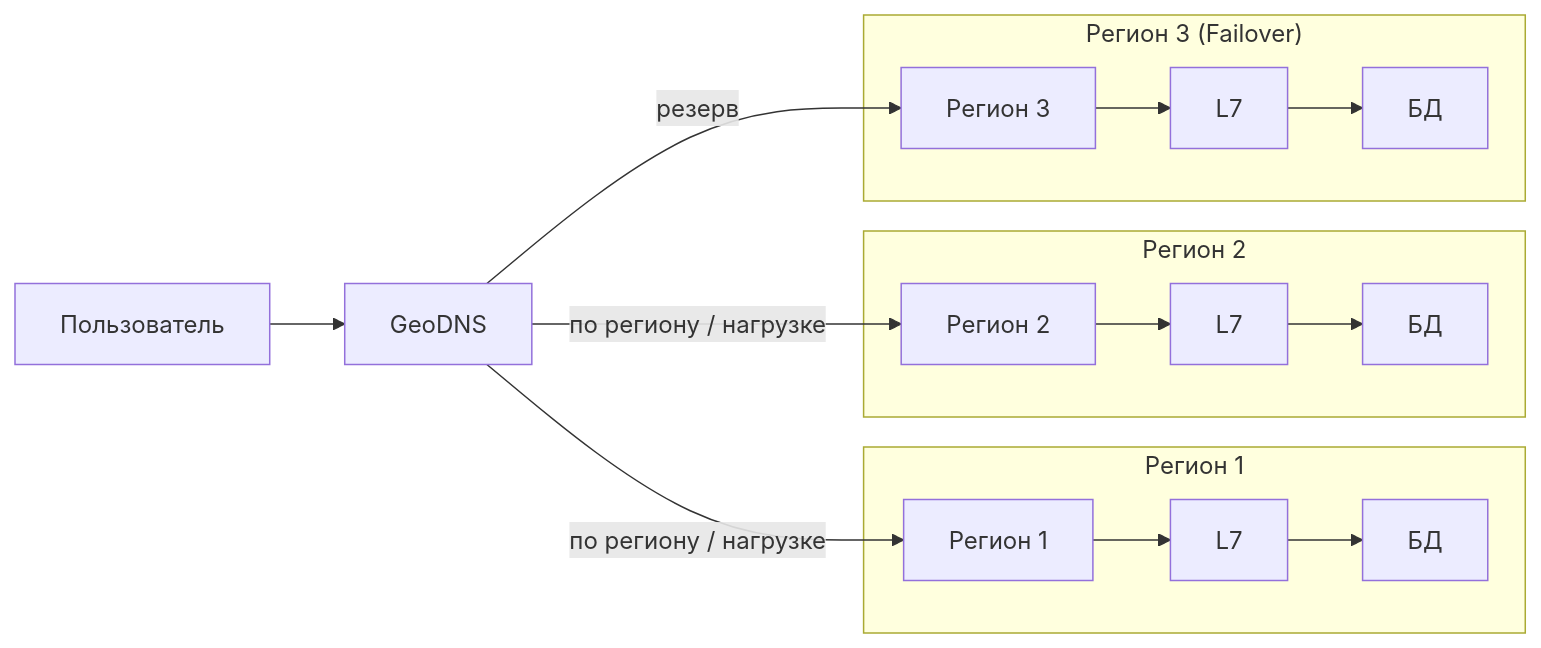
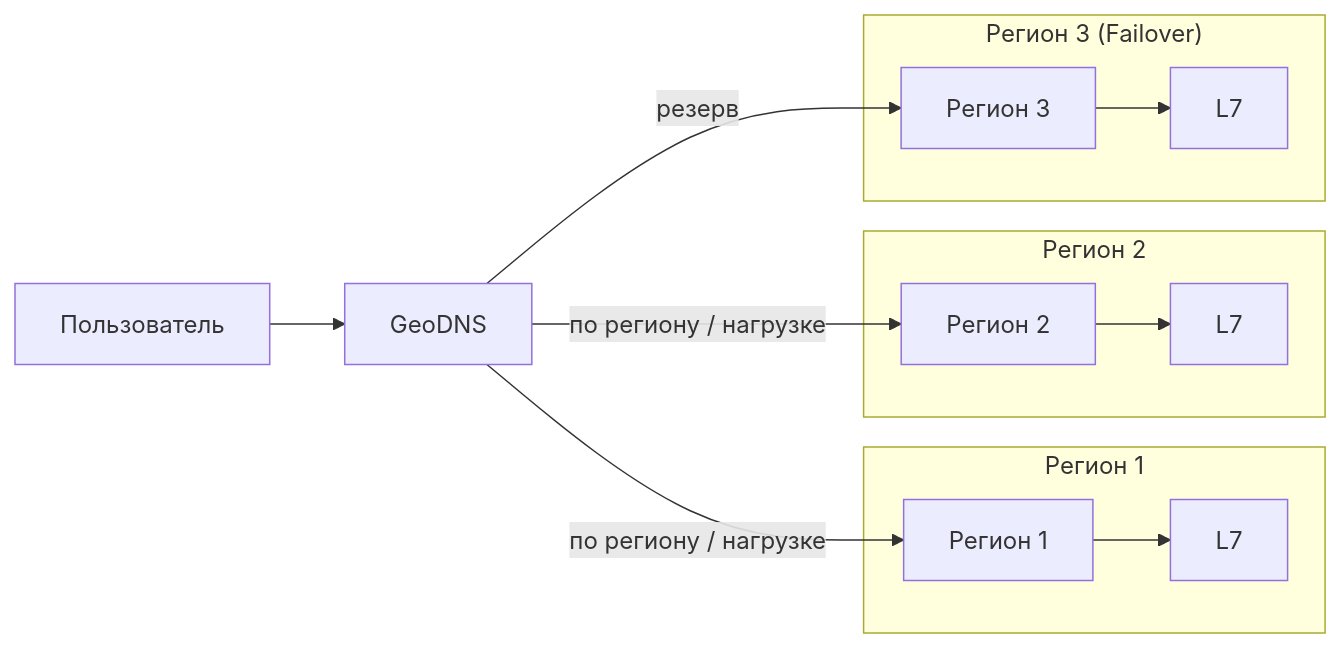
The first of 2 diagrams in README.md (onionfriend2004/Highload_VK_Coursework), drawn with Mermaid before and after one commit. The commit also changed other lines of this file and 1 other file, not shown here.

````diff
--- a/README.md
+++ b/README.md
@@ -304,25 +303,22 @@
 ```mermaid
 flowchart LR
     U[Пользователь] --> D[GeoDNS]
     D -->|по региону / нагрузке| R1[Регион 1]
     D -->|по региону / нагрузке| R2[Регион 2]
     D -->|резерв| R3[Регион 3]
 
     %% Регион 1
     subgraph "Регион 1"
         R1 --> LB1[L7]
-        LB1 --> P1[БД]
     end
 
     %% Регион 2
     subgraph "Регион 2"
         R2 --> LB2[L7]
-        LB2 --> P2[БД]
     end
 
     %% Регион 3 (Failover)
     subgraph "Регион 3 (Failover)"
         R3 --> LB3[L7]
-        LB3 --> P3[БД]
     end
 ```
````
